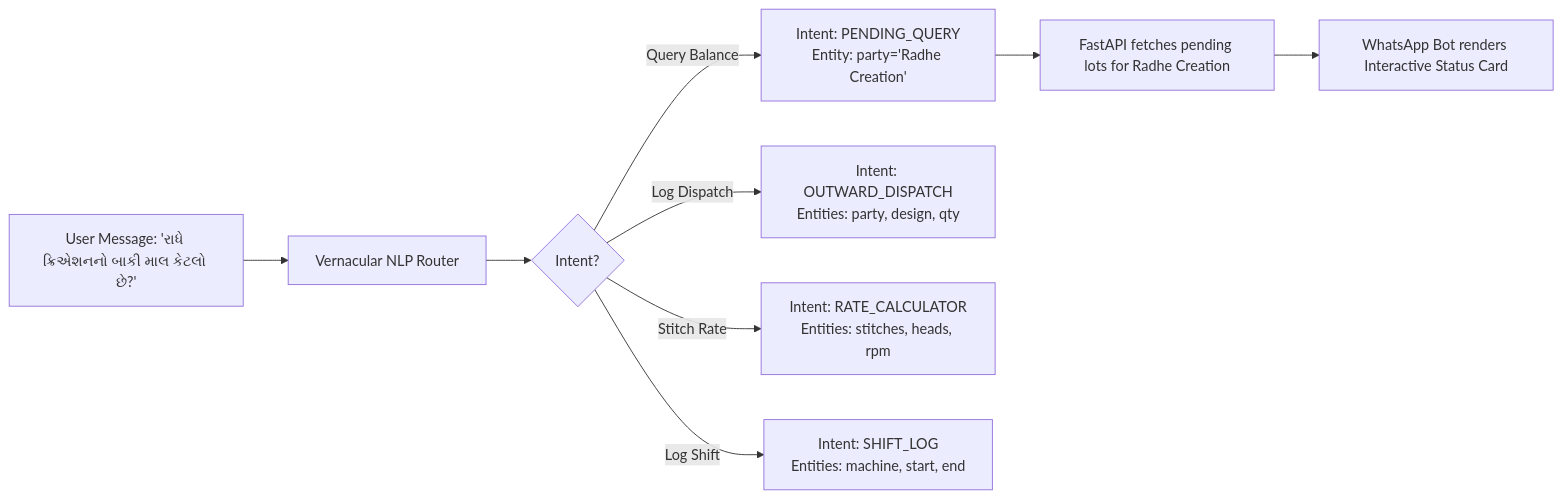
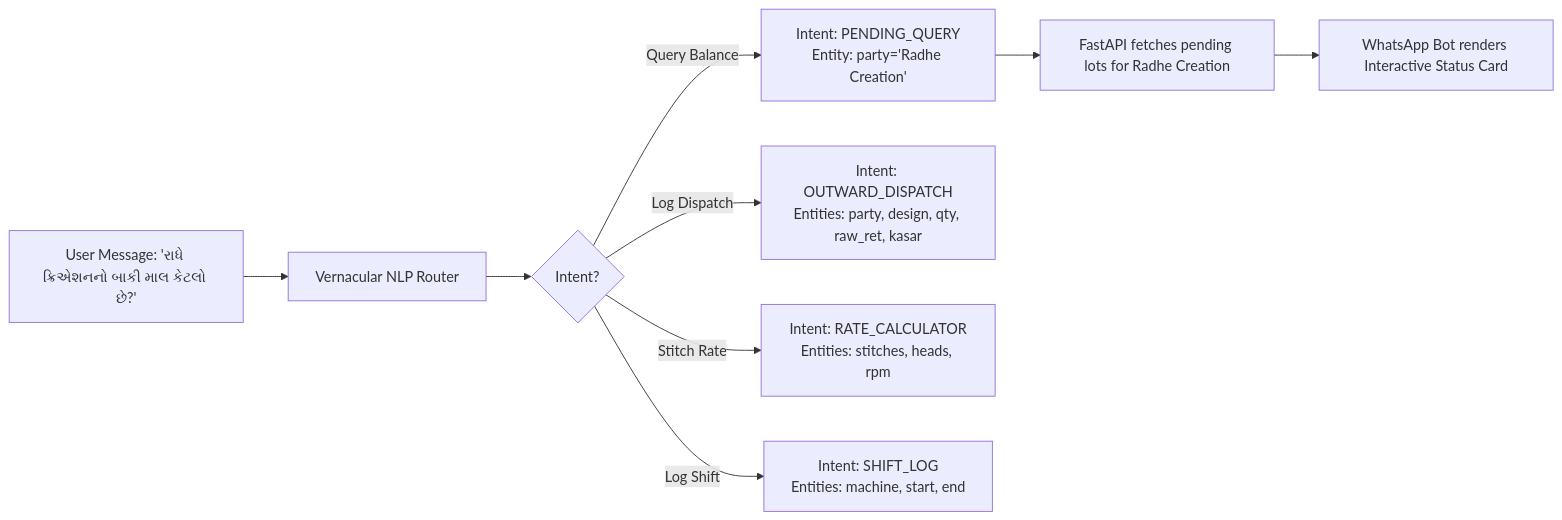
Before and after one commit to smit3203/AI-chatbot-: the sixth of 10 diagrams in ARCHITECTURE_AND_FLOW.md, drawn with Mermaid. The commit also changed other lines of this file and 33 other files, not shown here.

````diff
--- a/ARCHITECTURE_AND_FLOW.md
+++ b/ARCHITECTURE_AND_FLOW.md
@@ -803,13 +856,13 @@
 ```mermaid
 flowchart LR
     Msg["User Message: 'રાધે ક્રિએશનનો બાકી માલ કેટલો છે?'"] --> NLP["Vernacular NLP Router"]
     NLP --> IntentClassifier{"Intent?"}
     
     IntentClassifier -->|Query Balance| IntentQuery["Intent: PENDING_QUERY\nEntity: party='Radhe Creation'"]
-    IntentClassifier -->|Log Dispatch| IntentDispatch["Intent: OUTWARD_DISPATCH\nEntities: party, design, qty"]
+    IntentClassifier -->|Log Dispatch| IntentDispatch["Intent: OUTWARD_DISPATCH\nEntities: party, design, qty, raw_ret, kasar"]
     IntentClassifier -->|Stitch Rate| IntentRate["Intent: RATE_CALCULATOR\nEntities: stitches, heads, rpm"]
     IntentClassifier -->|Log Shift| IntentShift["Intent: SHIFT_LOG\nEntities: machine, start, end"]
 
     IntentQuery --> ExecuteQuery["FastAPI fetches pending lots for Radhe Creation"]
     ExecuteQuery --> ReturnCard["WhatsApp Bot renders Interactive Status Card"]
 ```
````
